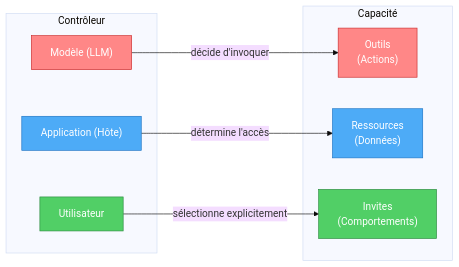
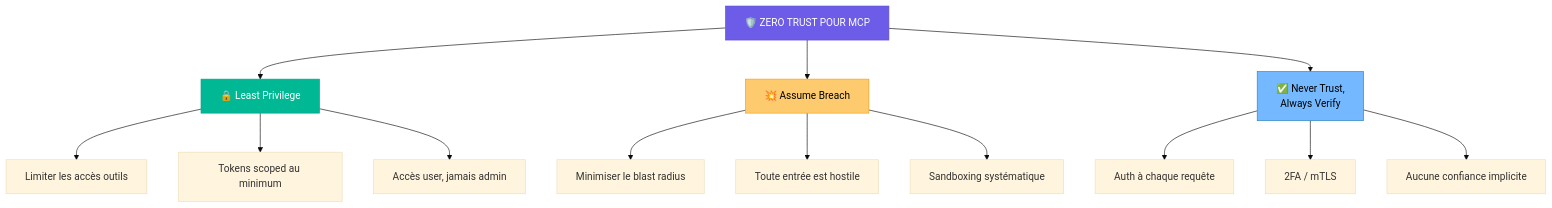
The ninth of 9 diagrams in step_11.md (pi-2r/devoxxfr2026-workshop-jailbreak-prompt-injection-mcp-poisoning), drawn with Mermaid (base theme) before and after one commit. The commit also changed other lines of this file and 11 other files, not shown here.

````diff
--- a/step_11.md
+++ b/step_11.md
@@ -436,25 +441,23 @@
 ```mermaid
-graph LR
-    subgraph "Capacité"
-        T["Outils\n(Actions)"]
-        R["Ressources\n(Données)"]
-        P["Invites\n(Comportements)"]
-    end
+graph TB
+    ZT["🛡️ ZERO TRUST POUR MCP"] --> LP["🔒 Least Privilege"]
+    ZT --> AB["💥 Assume Breach"]
+    ZT --> NTV["✅ Never Trust,<br/>Always Verify"]
 
-    subgraph "Contrôleur"
-        M["Modèle (LLM)"]
-        A["Application (Hôte)"]
-        U["Utilisateur"]
-    end
+    LP --> LP1["Limiter les accès outils"]
+    LP --> LP2["Tokens scoped au minimum"]
+    LP --> LP3["Accès user, jamais admin"]
 
-    M -->|"décide d'invoquer"| T
-    A -->|"détermine l'accès"| R
-    U -->|"sélectionne explicitement"| P
+    AB --> AB1["Minimiser le blast radius"]
+    AB --> AB2["Toute entrée est hostile"]
+    AB --> AB3["Sandboxing systématique"]
 
-    style T fill:#ff8787,stroke:#c92a2a,color:#fff
-    style R fill:#4dabf7,stroke:#1971c2,color:#fff
-    style P fill:#51cf66,stroke:#2b8a3e,color:#fff
-    style M fill:#ff8787,stroke:#c92a2a,color:#fff
-    style A fill:#4dabf7,stroke:#1971c2,color:#fff
-    style U fill:#51cf66,stroke:#2b8a3e,color:#fff
+    NTV --> NTV1["Auth à chaque requête"]
+    NTV --> NTV2["2FA / mTLS"]
+    NTV --> NTV3["Aucune confiance implicite"]
+
+    style ZT fill:#6c5ce7,stroke:#5b4cdb,color:#fff
+    style LP fill:#00b894,stroke:#00a381,color:#fff
+    style AB fill:#fdcb6e,stroke:#f39c12,color:#000
+    style NTV fill:#74b9ff,stroke:#2980b9,color:#000
 ```
````
